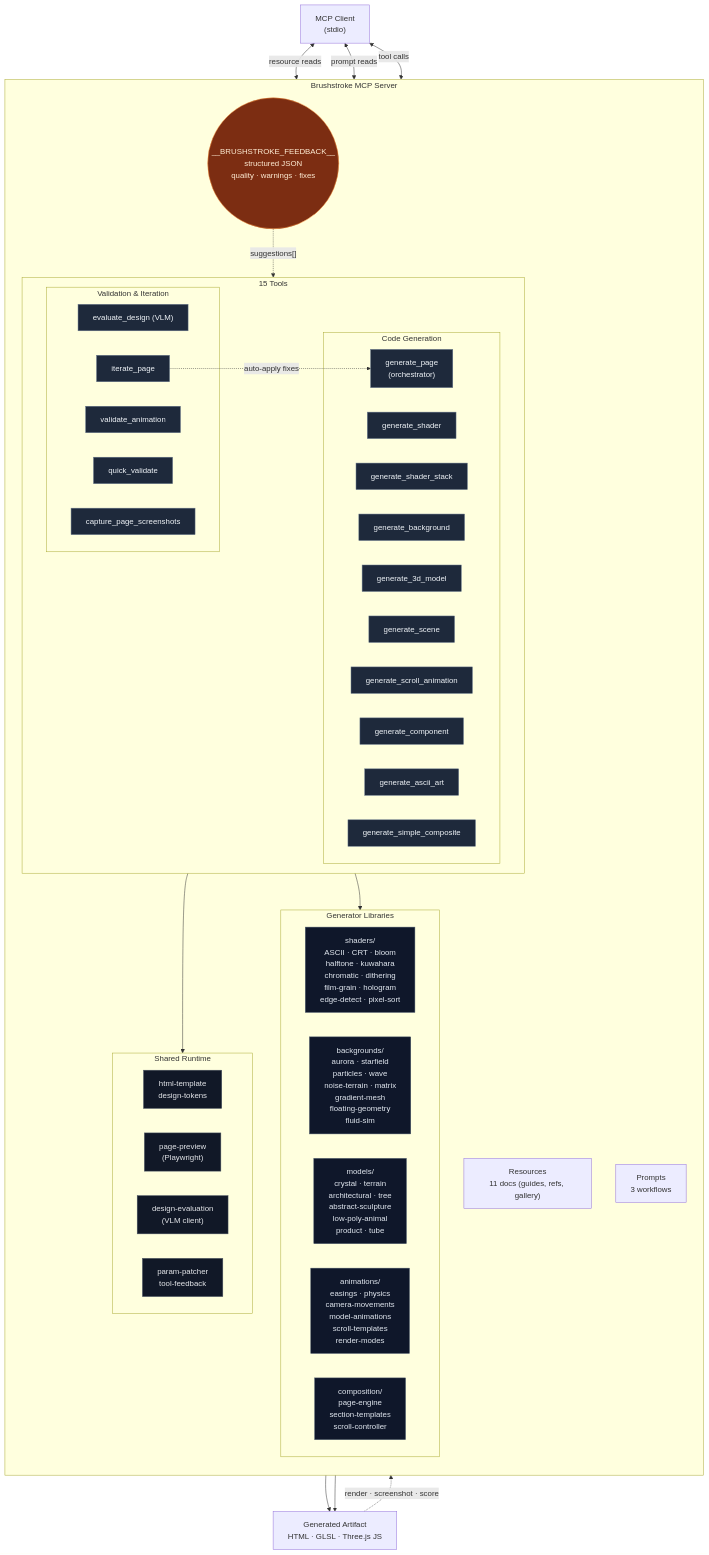
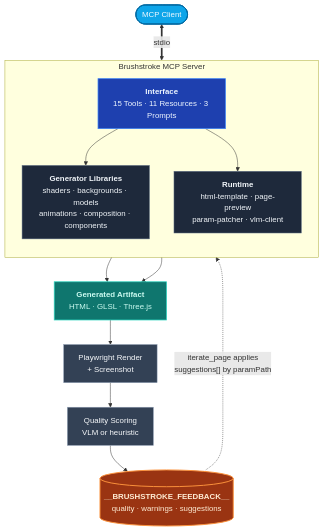
One commit to pranavp311/brushstroke changed the diagram in README.md. Above: the diagram before and after it, drawn with Mermaid.

Commit message:
Simplify architecture diagram for readability

````diff
--- a/README.md
+++ b/README.md
@@ -11,77 +11,37 @@
 ```mermaid
-flowchart TB
-    Client["MCP Client<br/>(stdio)"]
+flowchart TD
+    Client(["MCP Client"])
+
+    Client <==>|stdio| API
 
     subgraph Server["Brushstroke MCP Server"]
         direction TB
-
-        subgraph Tools["15 Tools"]
-            direction LR
-            subgraph Codegen["Code Generation"]
-                T1["generate_page<br/>(orchestrator)"]
-                T2["generate_shader"]
-                T3["generate_shader_stack"]
-                T4["generate_background"]
-                T5["generate_3d_model"]
-                T6["generate_scene"]
-                T7["generate_scroll_animation"]
-                T8["generate_component"]
-                T9["generate_ascii_art"]
-                T10["generate_simple_composite"]
-            end
-            subgraph Validation["Validation & Iteration"]
-                T11["evaluate_design (VLM)"]
-                T12["validate_animation"]
-                T13["quick_validate"]
-                T14["capture_page_screenshots"]
-                T15["iterate_page"]
-            end
-        end
-
-        subgraph Libraries["Generator Libraries"]
-            direction LR
-            L1["shaders/<br/>ASCII · CRT · bloom<br/>halftone · kuwahara<br/>chromatic · dithering<br/>film-grain · hologram<br/>edge-detect · pixel-sort"]
-            L2["backgrounds/<br/>aurora · starfield<br/>particles · wave<br/>noise-terrain · matrix<br/>gradient-mesh<br/>floating-geometry<br/>fluid-sim"]
-            L3["models/<br/>crystal · terrain<br/>architectural · tree<br/>abstract-sculpture<br/>low-poly-animal<br/>product · tube"]
-            L4["animations/<br/>easings · physics<br/>camera-movements<br/>model-animations<br/>scroll-templates<br/>render-modes"]
-            L5["composition/<br/>page-engine<br/>section-templates<br/>scroll-controller"]
-        end
-
-        subgraph Utils["Shared Runtime"]
-            direction LR
-            U1["html-template<br/>design-tokens"]
-            U2["page-preview<br/>(Playwright)"]
-            U3["design-evaluation<br/>(VLM client)"]
-            U4["param-patcher<br/>tool-feedback"]
-        end
-
-        Resources["Resources<br/>11 docs (guides, refs, gallery)"]
-        Prompts["Prompts<br/>3 workflows"]
-
-        FB(("__BRUSHSTROKE_FEEDBACK__<br/>structured JSON<br/>quality · warnings · fixes"))
+        API["<b>Interface</b><br/>15 Tools · 11 Resources · 3 Prompts"]
+        Gen["<b>Generator Libraries</b><br/>shaders · backgrounds · models<br/>animations · composition · components"]
+        Util["<b>Runtime</b><br/>html-template · page-preview<br/>param-patcher · vlm-client"]
+        API --> Gen
+        API --> Util
     end
 
-    Output["Generated Artifact<br/>HTML · GLSL · Three.js JS"]
+    Gen --> Output["<b>Generated Artifact</b><br/>HTML · GLSL · Three.js"]
+    Util --> Output
+    Output --> Render["Playwright Render<br/>+ Screenshot"]
+    Render --> Eval["Quality Scoring<br/>VLM or heuristic"]
+    Eval --> FB[("<b>__BRUSHSTROKE_FEEDBACK__</b><br/>quality · warnings · suggestions")]
 
-    Client <-->|"tool calls"| Tools
-    Client <-->|"resource reads"| Resources
-    Client <-->|"prompt reads"| Prompts
+    FB -.->|"iterate_page applies<br/>suggestions[] by paramPath"| API
 
-    Tools --> Libraries
-    Tools --> Utils
-    Libraries --> Output
-    Utils --> Output
+    classDef client fill:#0ea5e9,stroke:#0369a1,color:#f0f9ff,stroke-width:2px
+    classDef api fill:#1e40af,stroke:#3b82f6,color:#eff6ff,stroke-width:1.5px
+    classDef core fill:#1e293b,stroke:#64748b,color:#f1f5f9,stroke-width:1px
+    classDef output fill:#0f766e,stroke:#2dd4bf,color:#ccfbf1,stroke-width:1.5px
+    classDef step fill:#334155,stroke:#94a3b8,color:#f8fafc,stroke-width:1px
+    classDef feedback fill:#9a3412,stroke:#fb923c,color:#ffedd5,stroke-width:2px
 
-    Output -.->|"render · screenshot · score"| FB
-    FB -.->|"suggestions[]"| T15
-    T15 -.->|"auto-apply fixes"| T1
-
-    classDef tool fill:#1e293b,stroke:#64748b,color:#f1f5f9
-    classDef lib fill:#0f172a,stroke:#475569,color:#e2e8f0
-    classDef util fill:#111827,stroke:#4b5563,color:#e5e7eb
-    classDef feedback fill:#7c2d12,stroke:#fb923c,color:#ffedd5
-    class T1,T2,T3,T4,T5,T6,T7,T8,T9,T10,T11,T12,T13,T14,T15 tool
-    class L1,L2,L3,L4,L5 lib
-    class U1,U2,U3,U4 util
+    class Client client
+    class API api
+    class Gen,Util core
+    class Output output
+    class Render,Eval step
     class FB feedback
 ```
````
